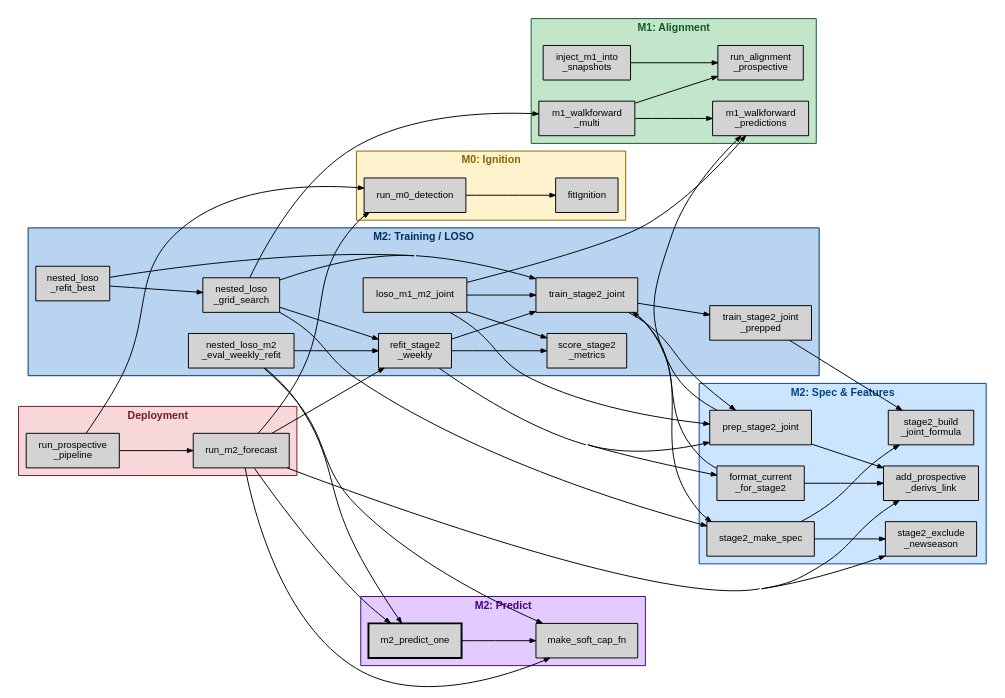
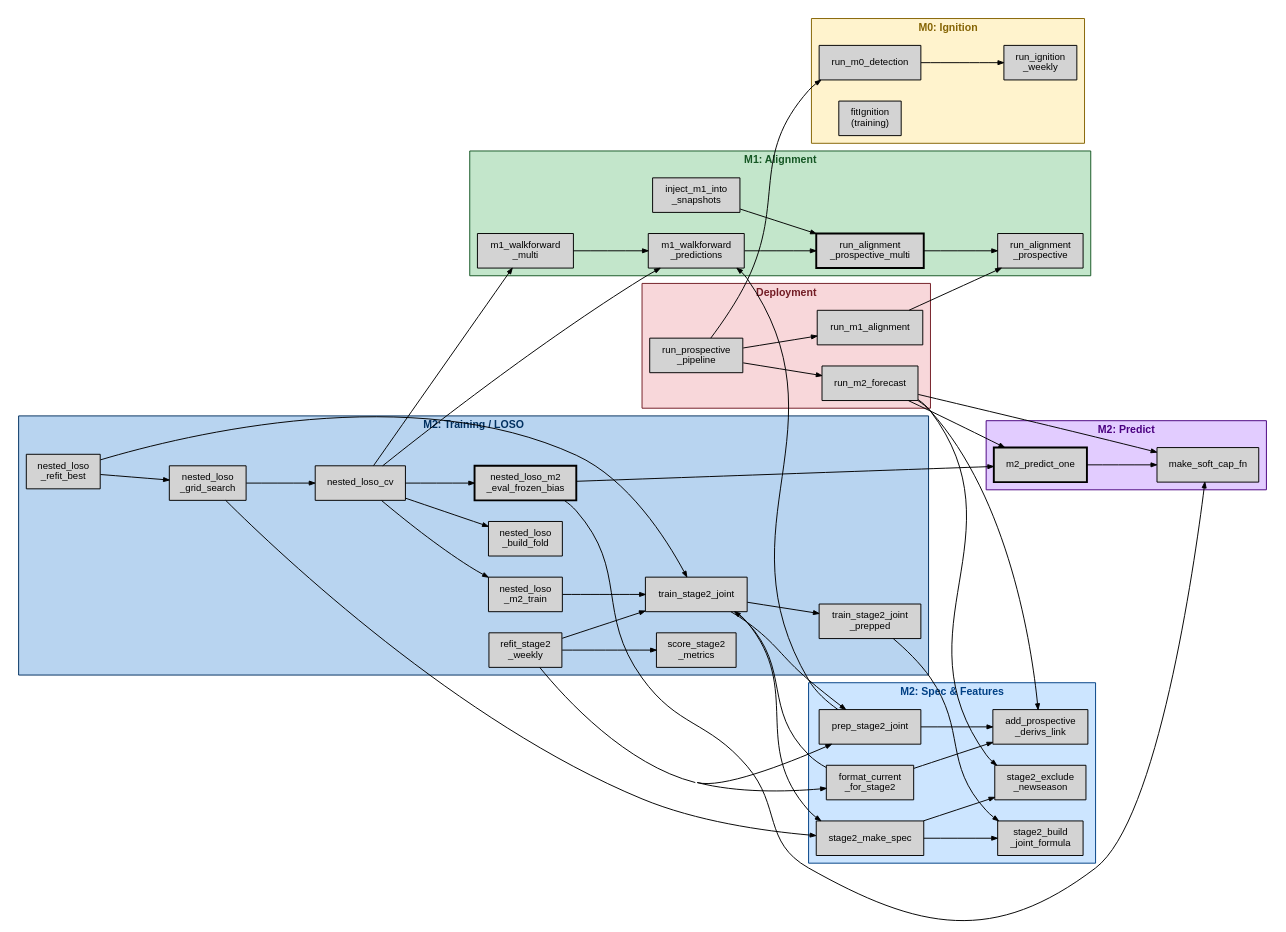
Before and after one commit to lennon-li/PAGe: the diagram in docs/source_map.qmd, drawn with Graphviz. The commit also changed other lines of this file and 294 other files, not shown here.

```diff
--- a/docs/source_map.qmd
+++ b/docs/source_map.qmd
@@ -227,8 +222,9 @@
     label="M0: Ignition"; style=filled;
     color="#856404"; fillcolor="#fff3cd"; fontcolor="#856404";
     fontsize=11; fontname="Helvetica-Bold";
-    fitIgnition      [label="fitIgnition"];
-    run_m0_detection [label="run_m0_detection"];
+    fitIgnition        [label="fitIgnition\n(training)"];
+    run_m0_detection   [label="run_m0_detection"];
+    run_ignition_weekly [label="run_ignition\n_weekly"];
   }
 
   // ── M1: Alignment ─────────────────────────────────────────
@@ -236,10 +232,11 @@
     label="M1: Alignment"; style=filled;
     color="#155724"; fillcolor="#c3e6cb"; fontcolor="#155724";
     fontsize=11; fontname="Helvetica-Bold";
-    run_alignment_prospective  [label="run_alignment\n_prospective"];
-    m1_walkforward_predictions [label="m1_walkforward\n_predictions"];
-    m1_walkforward_multi       [label="m1_walkforward\n_multi"];
-    inject_m1_into_snapshots   [label="inject_m1_into\n_snapshots"];
+    run_alignment_prospective       [label="run_alignment\n_prospective"];
+    run_alignment_prospective_multi [label="run_alignment\n_prospective_multi", penwidth=2];
+    m1_walkforward_predictions      [label="m1_walkforward\n_predictions"];
+    m1_walkforward_multi            [label="m1_walkforward\n_multi"];
+    inject_m1_into_snapshots        [label="inject_m1_into\n_snapshots"];
   }
 
   // ── M2: Spec & Features ───────────────────────────────────
@@ -264,10 +261,12 @@
     train_stage2_joint_prepped       [label="train_stage2_joint\n_prepped"];
     refit_stage2_weekly              [label="refit_stage2\n_weekly"];
     score_stage2_metrics             [label="score_stage2\n_metrics"];
+    nested_loso_build_fold           [label="nested_loso\n_build_fold"];
+    nested_loso_m2_train             [label="nested_loso\n_m2_train"];
+    nested_loso_cv                   [label="nested_loso_cv"];
     nested_loso_grid_search          [label="nested_loso\n_grid_search"];
-    nested_loso_m2_eval_weekly_refit [label="nested_loso_m2\n_eval_weekly_refit"];
+    nested_loso_m2_eval_frozen_bias  [label="nested_loso_m2\n_eval_frozen_bias", penwidth=2];
     nested_loso_refit_best           [label="nested_loso\n_refit_best"];
-    loso_m1_m2_joint                 [label="loso_m1_m2_joint"];
   }
 
   // ── M2: Predict (shared core) ─────────────────────────────
@@ -285,18 +284,20 @@
     color="#721c24"; fillcolor="#f8d7da"; fontcolor="#721c24";
     fontsize=11; fontname="Helvetica-Bold";
     run_prospective_pipeline [label="run_prospective\n_pipeline"];
+    run_m1_alignment         [label="run_m1_alignment"];
     run_m2_forecast          [label="run_m2_forecast"];
   }
 
   // ── Edges ─────────────────────────────────────────────────
   // M0
-  run_m0_detection -> fitIgnition;
+  run_m0_detection -> run_ignition_weekly;
 
   // M1
-  m1_walkforward_multi     -> m1_walkforward_predictions;
-  m1_walkforward_multi     -> run_alignment_prospective;
-  inject_m1_into_snapshots -> run_alignment_prospective;
-  prep_stage2_joint        -> m1_walkforward_predictions;
+  m1_walkforward_multi            -> m1_walkforward_predictions;
+  m1_walkforward_predictions      -> run_alignment_prospective_multi;
+  run_alignment_prospective_multi -> run_alignment_prospective;
+  inject_m1_into_snapshots        -> run_alignment_prospective_multi;
+  prep_stage2_joint               -> m1_walkforward_predictions;
 
   // M2 spec
   stage2_make_spec          -> stage2_build_joint_formula;
@@ -314,28 +315,27 @@
   refit_stage2_weekly        -> prep_stage2_joint;
   refit_stage2_weekly        -> train_stage2_joint;
   refit_stage2_weekly        -> score_stage2_metrics;
-  nested_loso_grid_search    -> m1_walkforward_multi;
-  nested_loso_grid_search    -> refit_stage2_weekly;
-  nested_loso_grid_search    -> train_stage2_joint;
+  nested_loso_cv             -> nested_loso_build_fold;
+  nested_loso_cv             -> m1_walkforward_multi;
+  nested_loso_cv             -> m1_walkforward_predictions;
+  nested_loso_cv             -> nested_loso_m2_train;
+  nested_loso_cv             -> nested_loso_m2_eval_frozen_bias;
+  nested_loso_grid_search    -> nested_loso_cv;
   nested_loso_grid_search    -> stage2_make_spec;
-  nested_loso_m2_eval_weekly_refit -> refit_stage2_weekly;
-  nested_loso_m2_eval_weekly_refit -> m2_predict_one;
-  nested_loso_m2_eval_weekly_refit -> make_soft_cap_fn;
+  nested_loso_m2_train       -> train_stage2_joint;
+  nested_loso_m2_eval_frozen_bias -> m2_predict_one;
+  nested_loso_m2_eval_frozen_bias -> make_soft_cap_fn;
   nested_loso_refit_best     -> nested_loso_grid_search;
   nested_loso_refit_best     -> train_stage2_joint;
-  loso_m1_m2_joint           -> m1_walkforward_predictions;
-  loso_m1_m2_joint           -> prep_stage2_joint;
-  loso_m1_m2_joint           -> train_stage2_joint;
-  loso_m1_m2_joint           -> score_stage2_metrics;
 
   // M2 predict
   m2_predict_one -> make_soft_cap_fn;
 
   // Deployment
   run_prospective_pipeline -> run_m0_detection;
+  run_prospective_pipeline -> run_m1_alignment;
   run_prospective_pipeline -> run_m2_forecast;
-  run_m2_forecast          -> run_m0_detection;
-  run_m2_forecast          -> refit_stage2_weekly;
+  run_m1_alignment         -> run_alignment_prospective;
   run_m2_forecast          -> m2_predict_one;
   run_m2_forecast          -> make_soft_cap_fn;
   run_m2_forecast          -> stage2_exclude_newseason;
```
